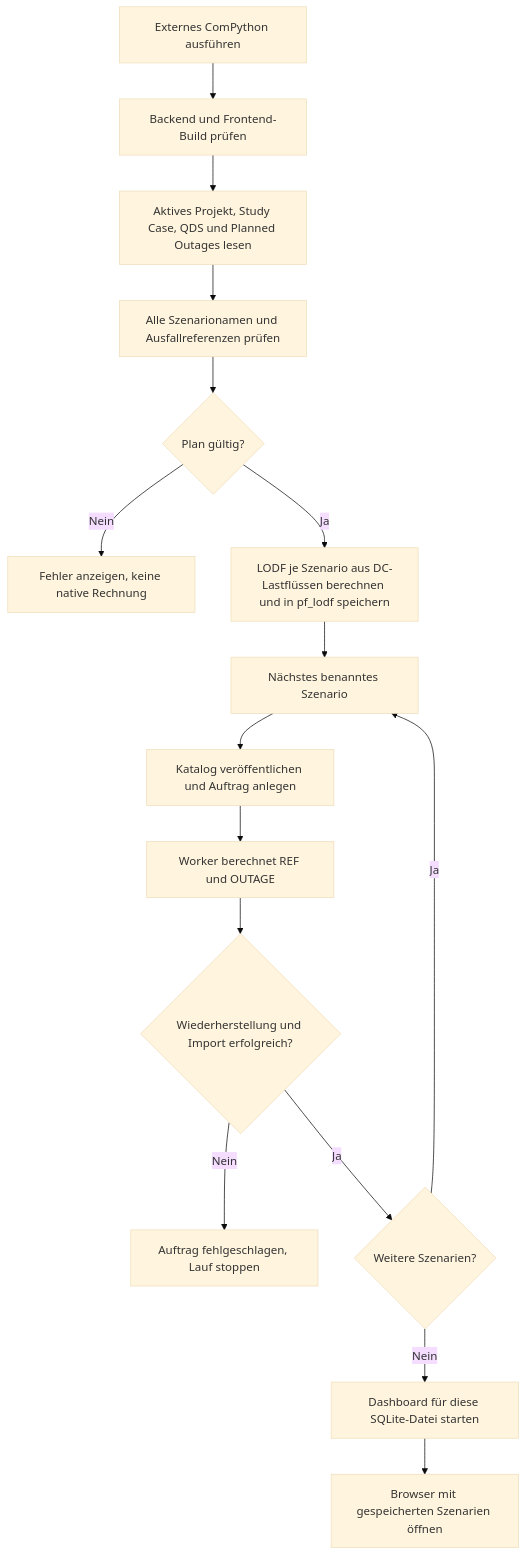
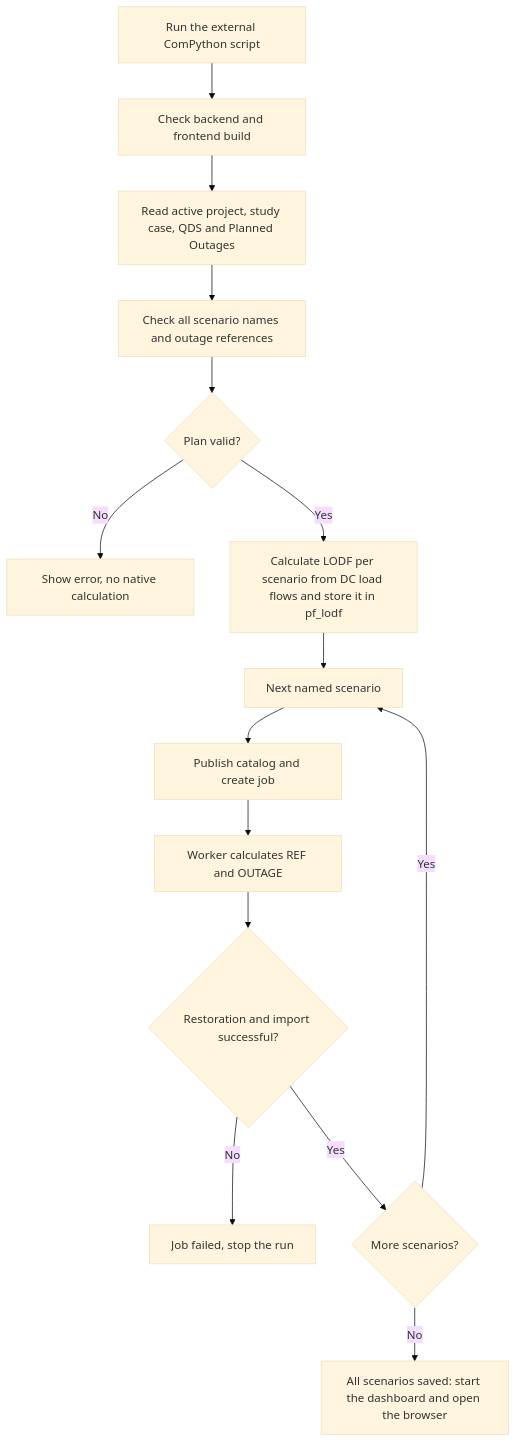
Before and after one commit to hadiibrahim-Engin/nahriva-grid-analysis: the second of 11 diagrams in BIG_PICTURE.md, drawn with Mermaid (base theme). The commit also changed other lines of this file and 186 other files, not shown here.

First line of the commit message:
Refactor dashboard launch scripts and remove demo functionality

````diff
--- a/BIG_PICTURE.md
+++ b/BIG_PICTURE.md
@@ -65,18 +61,17 @@
 ```mermaid
 flowchart TD
-    Start[Externes ComPython ausführen] --> Install[Backend und Frontend-Build prüfen]
-    Install --> Discover[Aktives Projekt, Study Case, QDS und Planned Outages lesen]
-    Discover --> Validate[Alle Szenarionamen und Ausfallreferenzen prüfen]
-    Validate --> Valid{Plan gültig?}
-    Valid -->|Nein| Stop[Fehler anzeigen, keine native Rechnung]
-    Valid -->|Ja| Lodf[LODF je Szenario aus DC-Lastflüssen berechnen und in pf_lodf speichern]
-    Lodf --> Next[Nächstes benanntes Szenario]
-    Next --> Job[Katalog veröffentlichen und Auftrag anlegen]
-    Job --> Calc[Worker berechnet REF und OUTAGE]
-    Calc --> Saved{Wiederherstellung und Import erfolgreich?}
-    Saved -->|Nein| Fail[Auftrag fehlgeschlagen, Lauf stoppen]
-    Saved -->|Ja| More{Weitere Szenarien?}
-    More -->|Ja| Next
-    More -->|Nein| Launch[Dashboard für diese SQLite-Datei starten]
-    Launch --> View[Browser mit gespeicherten Szenarien öffnen]
+    Start[Run the external ComPython script] --> Install[Check backend and frontend build]
+    Install --> Discover[Read active project, study case, QDS and Planned Outages]
+    Discover --> Validate[Check all scenario names and outage references]
+    Validate --> Valid{Plan valid?}
+    Valid -->|No| Stop[Show error, no native calculation]
+    Valid -->|Yes| Lodf[Calculate LODF per scenario from DC load flows and store it in pf_lodf]
+    Lodf --> Next[Next named scenario]
+    Next --> Job[Publish catalog and create job]
+    Job --> Calc[Worker calculates REF and OUTAGE]
+    Calc --> Saved{Restoration and import successful?}
+    Saved -->|No| Fail[Job failed, stop the run]
+    Saved -->|Yes| More{More scenarios?}
+    More -->|Yes| Next
+    More -->|No| Done[All scenarios saved: start the dashboard and open the browser]
 ```
````
